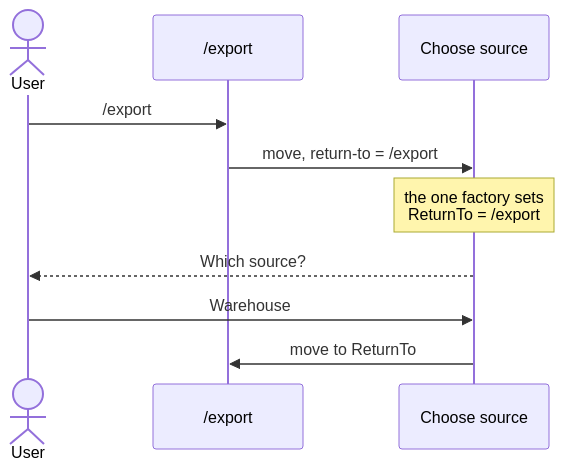
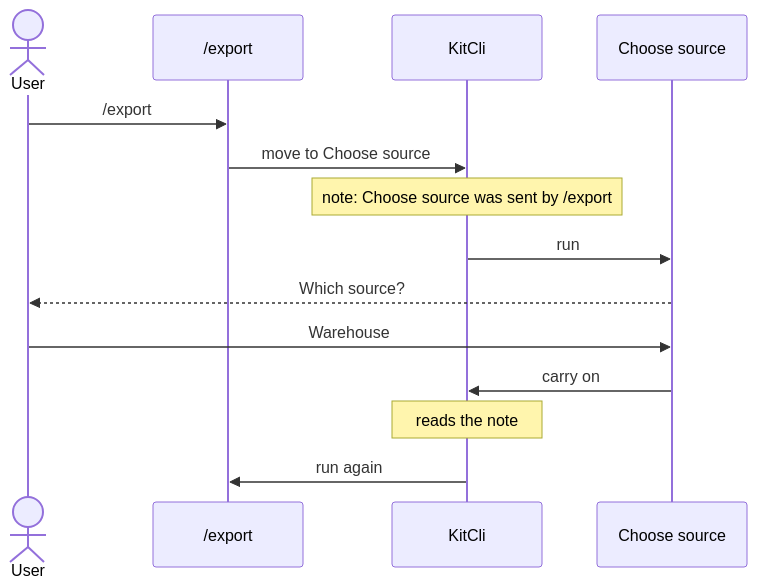
The second of 2 diagrams in docs/investigations/how-does-a-command-know-where-it-was-sent-from.md (KitCli/KitCli), drawn with Mermaid before and after one commit. The commit also changed other lines of this file and 1 other file, not shown here.

````diff
--- a/docs/investigations/how-does-a-command-know-where-it-was-sent-from.md
+++ b/docs/investigations/how-does-a-command-know-where-it-was-sent-from.md
@@ -72,12 +61,16 @@
 ```mermaid
 sequenceDiagram
     actor U as User
     participant E as /export
+    participant K as KitCli
     participant C as Choose source
     U->>E: /export
-    E->>C: move, return-to = /export
-    Note over C: the one factory sets<br/>ReturnTo = /export
+    E->>K: move to Choose source
+    Note over K: note: Choose source was sent by /export
+    K->>C: run
     C-->>U: Which source?
     U->>C: Warehouse
-    C->>E: move to ReturnTo
+    C->>K: carry on
+    Note over K: reads the note
+    K->>E: run again
 ```
````
